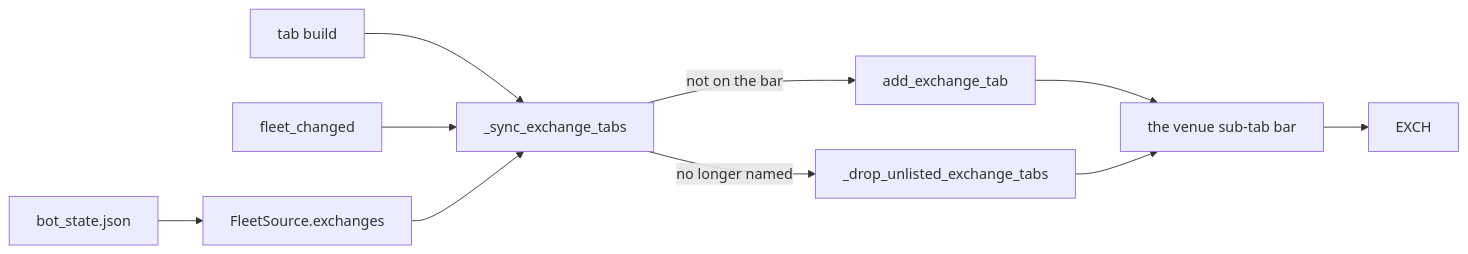
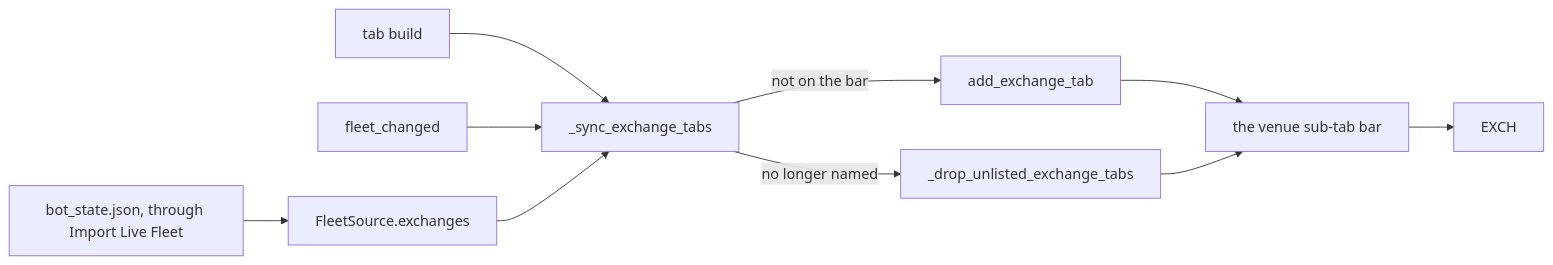
One commit to Acervator-LLC/ACERVATOR changed the fourth of 18 diagrams in docs/manual/08-tabs/simulator.md. Above: the diagram before and after it, drawn with Mermaid. The commit also changed other lines of this file and 3 other files, not shown here.

````diff
--- a/docs/manual/08-tabs/simulator.md
+++ b/docs/manual/08-tabs/simulator.md
@@ -377,12 +1689,12 @@
 ```mermaid
 flowchart LR
-    file[bot_state.json] --> src[FleetSource.exchanges]
+    file[bot_state.json, through Import Live Fleet] --> src[FleetSource.exchanges]
     build[tab build] --> sync[_sync_exchange_tabs]
     fire[fleet_changed] --> sync
     src --> sync
     sync -- not on the bar --> seat[add_exchange_tab]
     sync -- no longer named --> drop[_drop_unlisted_exchange_tabs]
     seat --> bar[the venue sub-tab bar]
     drop --> bar
     bar --> exch[EXCH]
 ```
````
